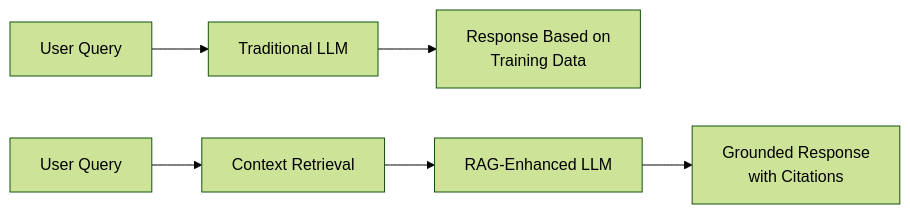
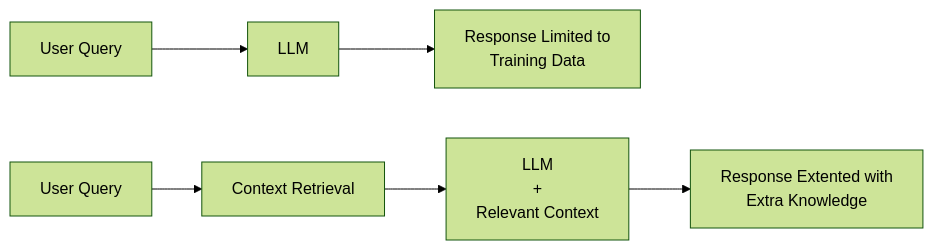
Before and after one commit to dpasca/RAGTutorial: the diagram in slides/src/rag_comparison.mmd, drawn with Mermaid (forest theme). The commit also changed 1 other file, not shown here.

Commit message:
Improved slides and diagrams

```diff
--- a/slides/src/rag_comparison.mmd
+++ b/slides/src/rag_comparison.mmd
@@ -1,9 +1,9 @@
 flowchart LR
     %% Traditional LLM Path
-    A1[User Query] --> B1[Traditional LLM]:::secondary
-    B1 --> C1[Response Based on<br/>Training Data]:::secondary
+    A1[User Query] --> B1[LLM]:::secondary
+    B1 --> C1[Response Limited to<br/>Training Data]:::secondary
 
     %% RAG-Enhanced LLM Path
     A2[User Query] --> B2[Context Retrieval]:::tertiary
-    B2 --> C2[RAG-Enhanced LLM]:::tertiary
-    C2 --> D2[Grounded Response<br/>with Citations]:::quaternary
+    B2 --> C2[LLM<br/>+<br/>Relevant Context]:::tertiary
+    C2 --> D2[Response Extented with<br/>Extra Knowledge]:::quaternary
```
